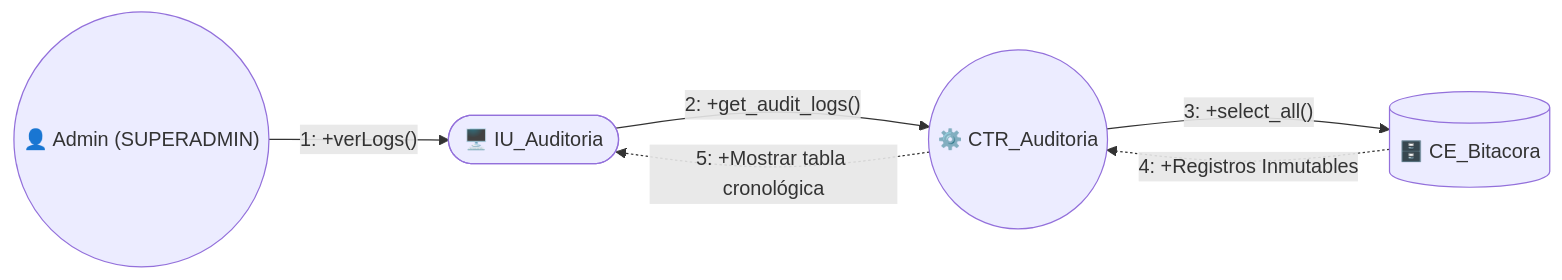
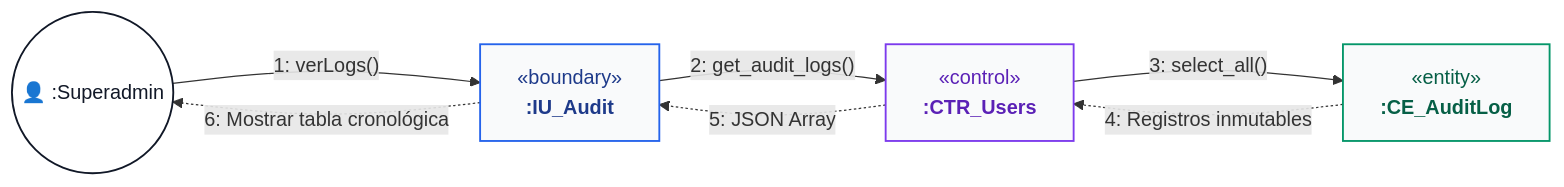
One commit to jc-larry/ecommerce changed diagram 21 of 53 in documentos/Ciclo1.md. Above: the diagram before and after it, drawn with Mermaid. The commit also changed other lines of this file and 148 other files, not shown here.

````diff
--- a/documentos/Ciclo1.md
+++ b/documentos/Ciclo1.md
@@ -1093,13 +1185,20 @@
 ```mermaid
 flowchart LR
-    Actor(("👤 Admin (SUPERADMIN)"))
-    IU(["🖥️ IU_Auditoria"])
-    CTR(("⚙️ CTR_Auditoria"))
-    ENT[("🗄️ CE_Bitacora")]
+    classDef actorStyle fill:#ffffff,stroke:#111827,stroke-width:1.5px,color:#111827;
+    classDef boundaryStyle fill:#f9fafb,stroke:#2563eb,stroke-width:1.5px,color:#1e3a8a;
+    classDef controlStyle fill:#f9fafb,stroke:#7c3aed,stroke-width:1.5px,color:#5b21b6;
+    classDef entityStyle fill:#f9fafb,stroke:#059669,stroke-width:1.5px,color:#065f46;
+    classDef externalStyle fill:#f9fafb,stroke:#d97706,stroke-width:1.5px,color:#92400e;
 
-    Actor -- "1: +verLogs()" --> IU
-    IU -- "2: +get_audit_logs()" --> CTR
-    CTR -- "3: +select_all()" --> ENT
-    ENT -. "4: +Registros Inmutables" .-> CTR
-    CTR -. "5: +Mostrar tabla cronológica" .-> IU
+    A(("👤 :Superadmin")):::actorStyle
+    IU["&laquo;boundary&raquo;<br/><b>:IU_Audit</b>"]:::boundaryStyle
+    CTR["&laquo;control&raquo;<br/><b>:CTR_Users</b>"]:::controlStyle
+    CE_A["&laquo;entity&raquo;<br/><b>:CE_AuditLog</b>"]:::entityStyle
+
+    A -- "1: verLogs()" --> IU
+    IU -- "2: get_audit_logs()" --> CTR
+    CTR -- "3: select_all()" --> CE_A
+    CE_A -. "4: Registros inmutables" .-> CTR
+    CTR -. "5: JSON Array" .-> IU
+    IU -. "6: Mostrar tabla cronológica" .-> A
 ```
````
